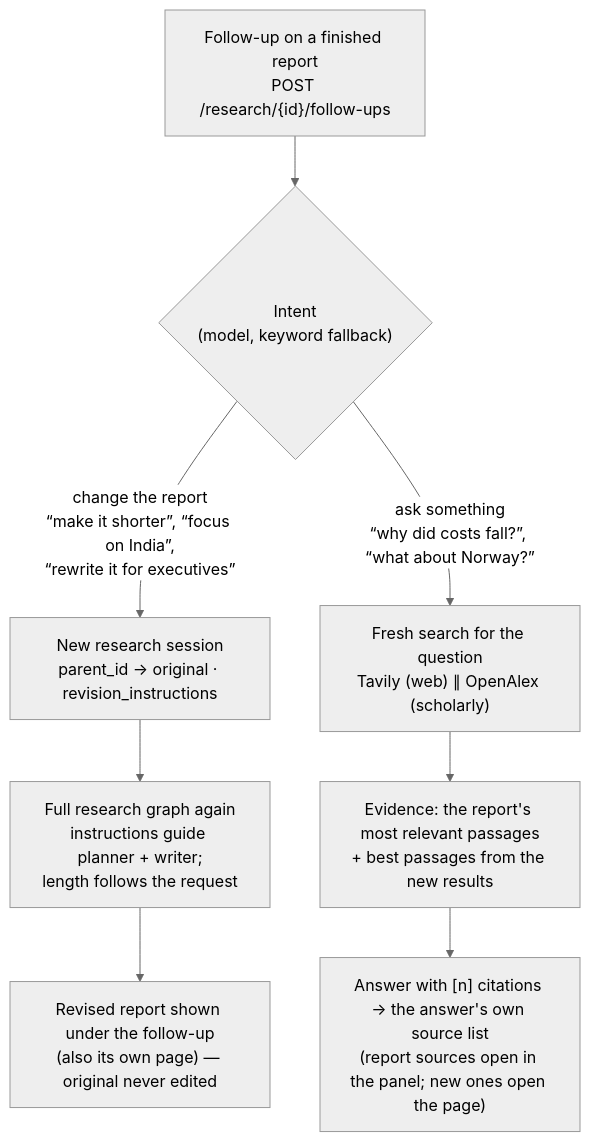
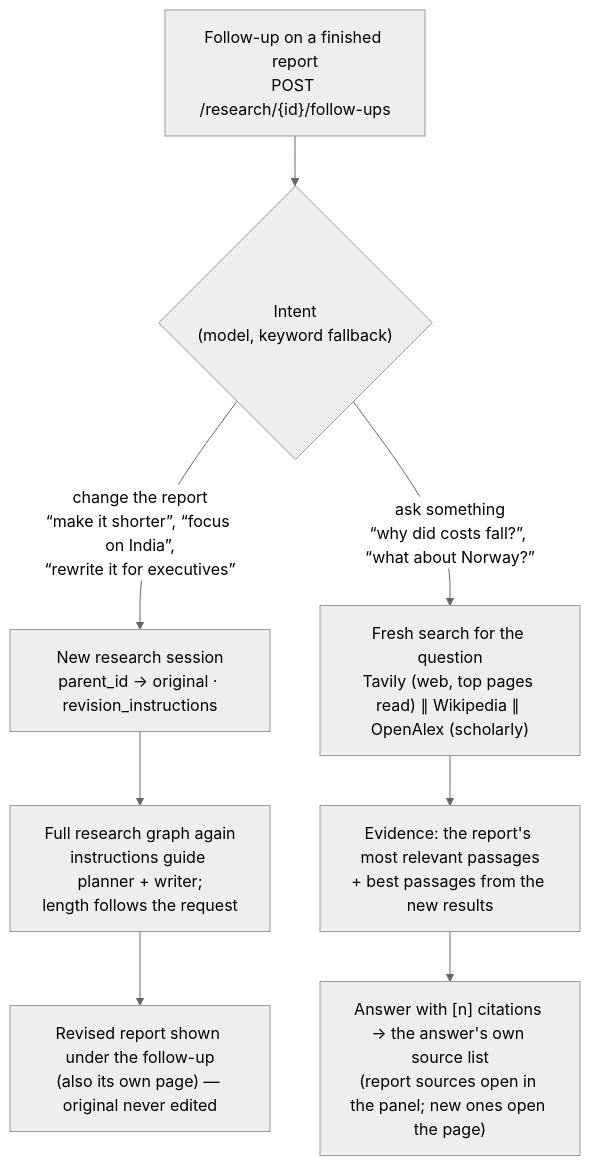
One commit to Nakshatra480/Pramaan-AI changed the fourth of 11 diagrams in README.md. Above: the diagram before and after it, drawn with Mermaid (neutral theme). The commit also changed other lines of this file and 6 other files, not shown here.

````diff
--- a/README.md
+++ b/README.md
@@ -202,10 +211,10 @@
 ```mermaid
 flowchart TD
     Q["Follow-up on a finished report<br/>POST /research/{id}/follow-ups"] --> C{"Intent<br/>(model, keyword fallback)"}
     C -- "change the report<br/>“make it shorter”, “focus on India”,<br/>“rewrite it for executives”" --> R["New research session<br/>parent_id → original · revision_instructions"]
     R --> RG["Full research graph again<br/>instructions guide planner + writer;<br/>length follows the request"]
     RG --> RR["Revised report shown under the follow-up<br/>(also its own page) — original never edited"]
-    C -- "ask something<br/>“why did costs fall?”, “what about Norway?”" --> S["Fresh search for the question<br/>Tavily (web) ∥ OpenAlex (scholarly)"]
+    C -- "ask something<br/>“why did costs fall?”, “what about Norway?”" --> S["Fresh search for the question<br/>Tavily (web, top pages read) ∥ Wikipedia ∥ OpenAlex (scholarly)"]
     S --> E["Evidence: the report's most relevant passages<br/>+ best passages from the new results"]
     E --> A["Answer with [n] citations → the answer's own source list<br/>(report sources open in the panel; new ones open the page)"]
 ```
````
